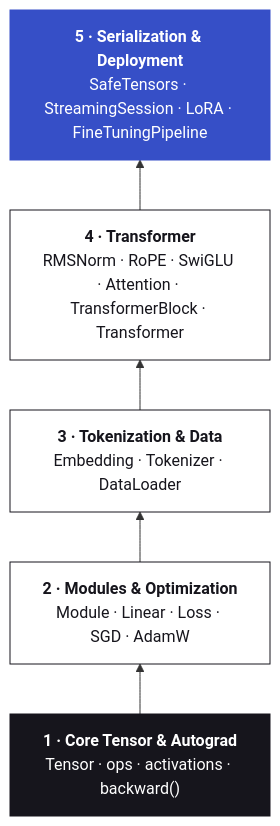
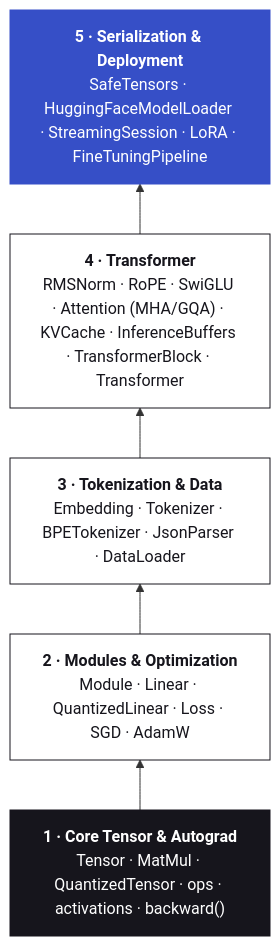
One commit to TSPstudio/kotensor changed the diagram in README.md. Above: the diagram before and after it, drawn with Mermaid. The commit also changed other lines of this file and 3 other files, not shown here.

````diff
--- a/README.md
+++ b/README.md
@@ -363,16 +568,16 @@
 ```mermaid
 flowchart BT
-    L1["<b>1 · Core Tensor & Autograd</b><br/>Tensor · ops · activations · backward()"]
-    L2["<b>2 · Modules & Optimization</b><br/>Module · Linear · Loss · SGD · AdamW"]
-    L3["<b>3 · Tokenization & Data</b><br/>Embedding · Tokenizer · DataLoader"]
-    L4["<b>4 · Transformer</b><br/>RMSNorm · RoPE · SwiGLU · Attention · TransformerBlock · Transformer"]
-    L5["<b>5 · Serialization & Deployment</b><br/>SafeTensors · StreamingSession · LoRA · FineTuningPipeline"]
+    L1["<b>1 · Core Tensor & Autograd</b><br/>Tensor · MatMul · QuantizedTensor · ops · activations · backward()"]
+    L2["<b>2 · Modules & Optimization</b><br/>Module · Linear · QuantizedLinear · Loss · SGD · AdamW"]
+    L3["<b>3 · Tokenization & Data</b><br/>Embedding · Tokenizer · BPETokenizer · JsonParser · DataLoader"]
+    L4["<b>4 · Transformer</b><br/>RMSNorm · RoPE · SwiGLU · Attention (MHA/GQA) · KVCache · InferenceBuffers · TransformerBlock · Transformer"]
+    L5["<b>5 · Serialization & Deployment</b><br/>SafeTensors · HuggingFaceModelLoader · StreamingSession · LoRA · FineTuningPipeline"]
     L1 --> L2 --> L3 --> L4 --> L5
 
     classDef core fill:#16151C,stroke:#16151C,color:#FFFFFF
     classDef layer fill:#FFFFFF,stroke:#16151C,color:#16151C
     classDef edge fill:#364FC7,stroke:#364FC7,color:#FFFFFF
     class L1 core
     class L2,L3,L4 layer
     class L5 edge
 ```
````
